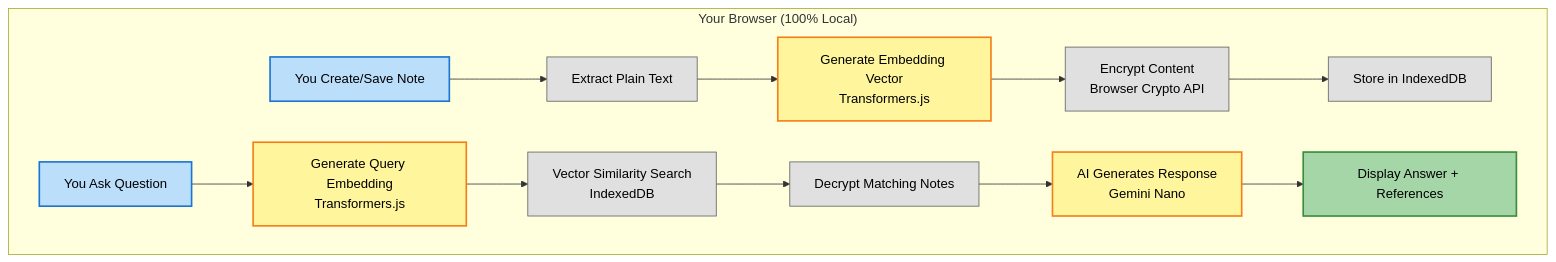
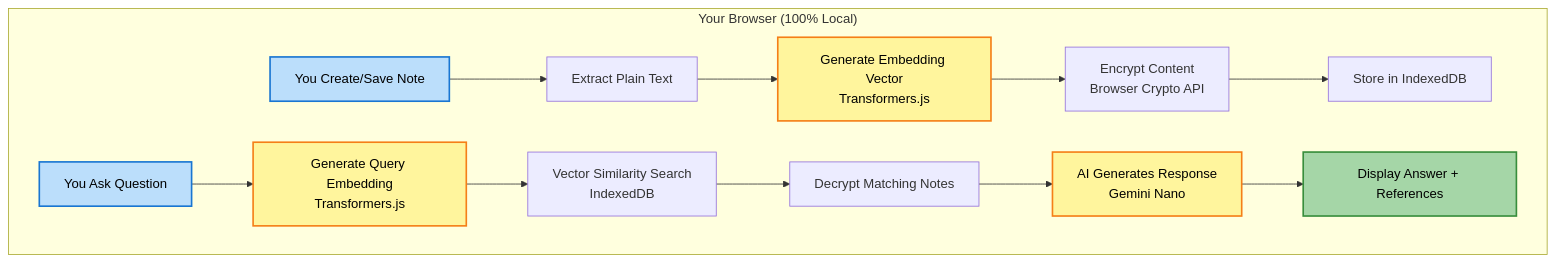
One commit to sundeep-dayalan/MindKeep changed the diagram in README.md. Above: the diagram before and after it, drawn with Mermaid. The commit also changed other lines of this file and 1 other file, not shown here.

````diff
--- a/README.md
+++ b/README.md
@@ -92,27 +73,22 @@
 ```mermaid
 graph TB
     subgraph "Your Browser (100% Local)"
         A[You Create/Save Note] --> B[Extract Plain Text]
         B --> C[Generate Embedding Vector<br/>Transformers.js]
         C --> D[Encrypt Content<br/>Browser Crypto API]
         D --> E[Store in IndexedDB]
 
         F[You Ask Question] --> G[Generate Query Embedding<br/>Transformers.js]
         G --> H[Vector Similarity Search<br/>IndexedDB]
         H --> I[Decrypt Matching Notes]
         I --> J[AI Generates Response<br/>Gemini Nano]
         J --> K[Display Answer + References]
     end
 
     style A fill:#bbdefb,stroke:#1976d2,stroke-width:2px,color:#000
     style F fill:#bbdefb,stroke:#1976d2,stroke-width:2px,color:#000
     style K fill:#a5d6a7,stroke:#388e3c,stroke-width:2px,color:#000
     style C fill:#fff59d,stroke:#f57f17,stroke-width:2px,color:#000
     style G fill:#fff59d,stroke:#f57f17,stroke-width:2px,color:#000
     style J fill:#fff59d,stroke:#f57f17,stroke-width:2px,color:#000
-    style B fill:#e0e0e0,stroke:#616161,stroke-width:1px,color:#000
-    style D fill:#e0e0e0,stroke:#616161,stroke-width:1px,color:#000
-    style E fill:#e0e0e0,stroke:#616161,stroke-width:1px,color:#000
-    style H fill:#e0e0e0,stroke:#616161,stroke-width:1px,color:#000
-    style I fill:#e0e0e0,stroke:#616161,stroke-width:1px,color:#000
 ```
````
